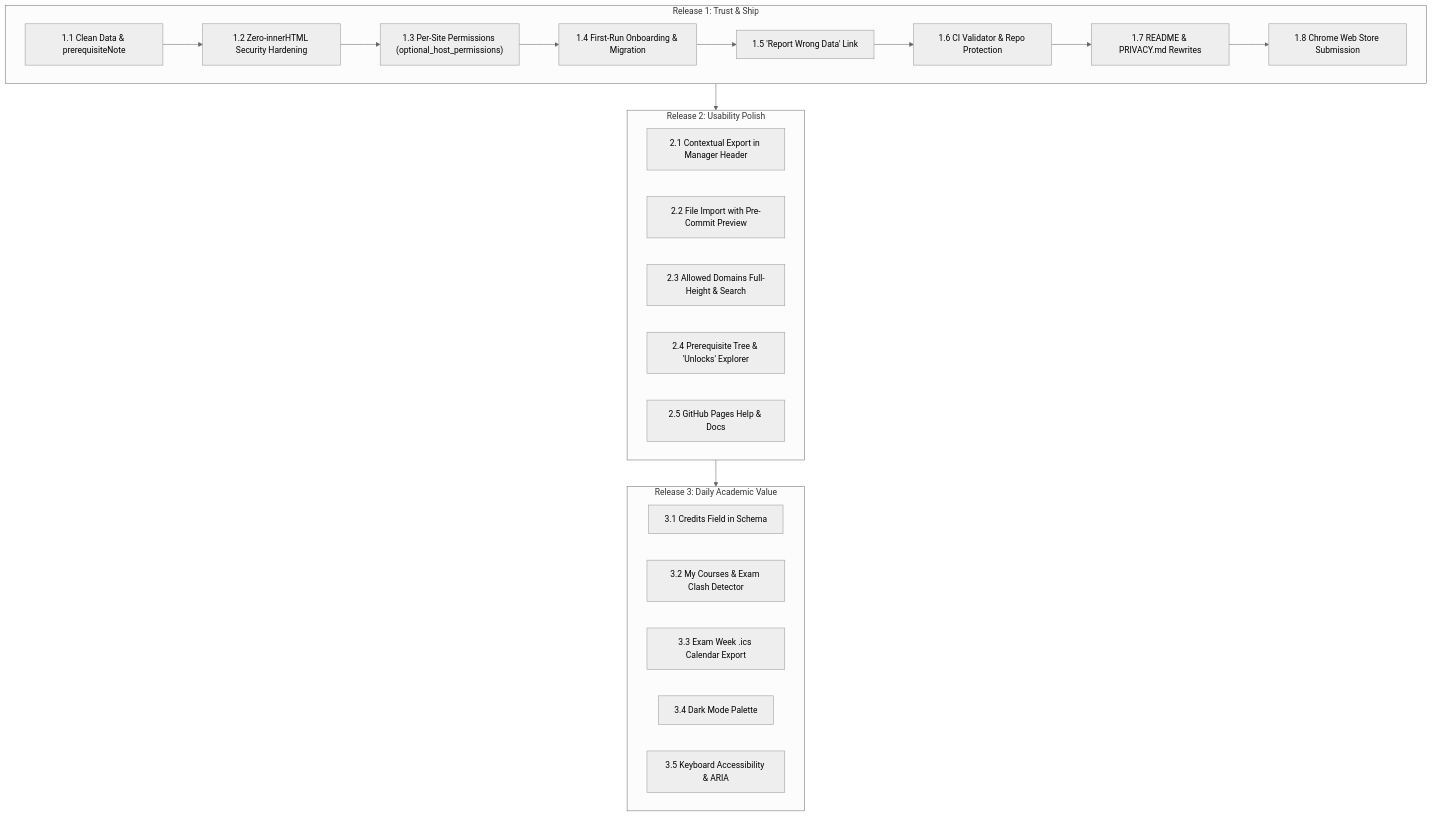
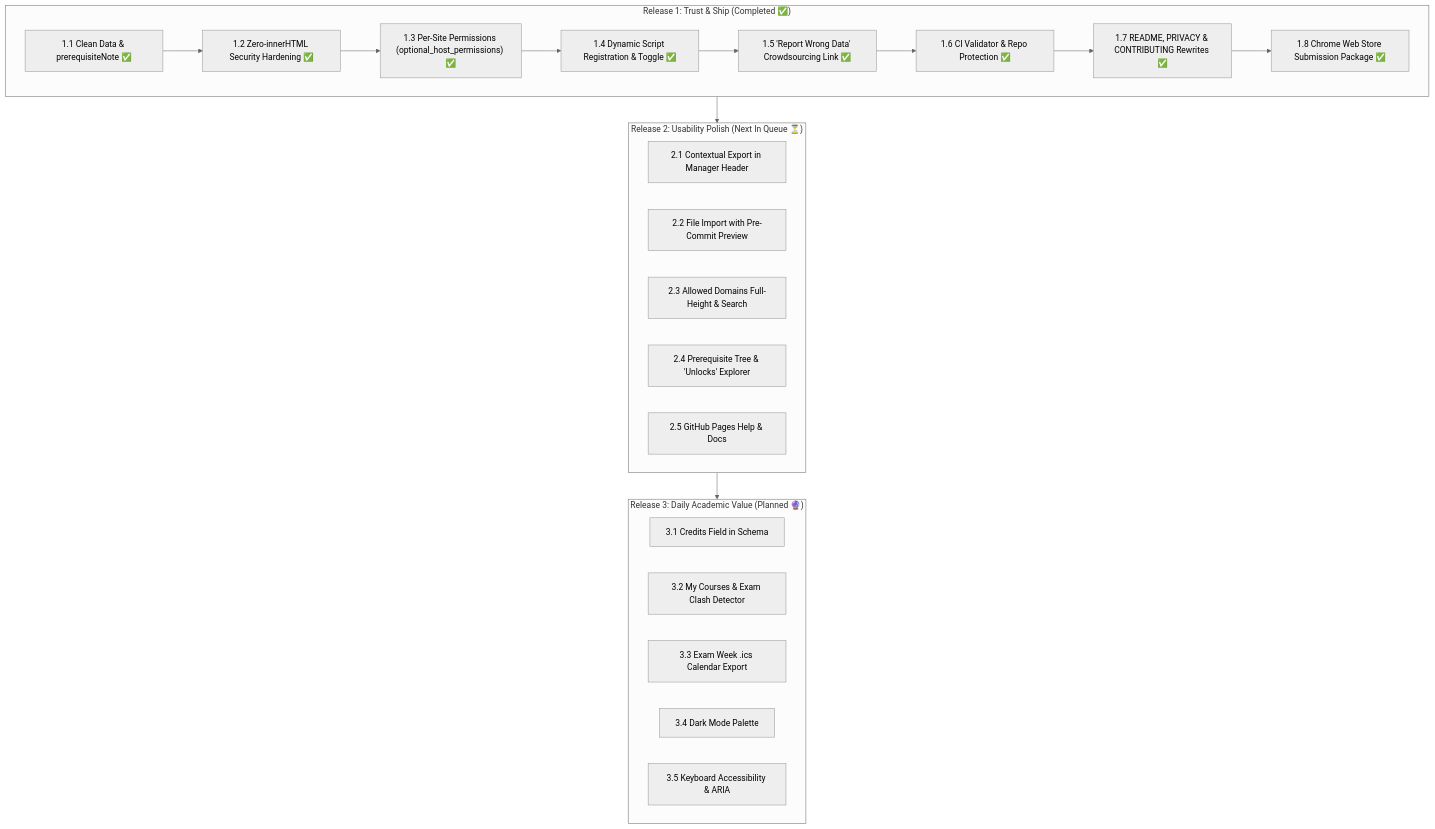
The diagram in ROADMAP.md (litch07/decoder-test), drawn with Mermaid (neutral theme) before and after one commit. The commit also changed other lines of this file and 4 other files, not shown here.

````diff
--- a/ROADMAP.md
+++ b/ROADMAP.md
@@ -8,30 +8,30 @@
 ```mermaid
 flowchart TD
-    subgraph R1["Release 1: Trust & Ship"]
-        R1_1["1.1 Clean Data & prerequisiteNote"] --> R1_2["1.2 Zero-innerHTML Security Hardening"]
-        R1_2 --> R1_3["1.3 Per-Site Permissions (optional_host_permissions)"]
-        R1_3 --> R1_4["1.4 First-Run Onboarding & Migration"]
-        R1_4 --> R1_5["1.5 'Report Wrong Data' Link"]
-        R1_5 --> R1_6["1.6 CI Validator & Repo Protection"]
-        R1_6 --> R1_7["1.7 README & PRIVACY.md Rewrites"]
-        R1_7 --> R1_8["1.8 Chrome Web Store Submission"]
+    subgraph R1["Release 1: Trust & Ship (Completed ✅)"]
+        R1_1["1.1 Clean Data & prerequisiteNote ✅"] --> R1_2["1.2 Zero-innerHTML Security Hardening ✅"]
+        R1_2 --> R1_3["1.3 Per-Site Permissions (optional_host_permissions) ✅"]
+        R1_3 --> R1_4["1.4 Dynamic Script Registration & Toggle ✅"]
+        R1_4 --> R1_5["1.5 'Report Wrong Data' Crowdsourcing Link ✅"]
+        R1_5 --> R1_6["1.6 CI Validator & Repo Protection ✅"]
+        R1_6 --> R1_7["1.7 README, PRIVACY & CONTRIBUTING Rewrites ✅"]
+        R1_7 --> R1_8["1.8 Chrome Web Store Submission Package ✅"]
     end
 
-    subgraph R2["Release 2: Usability Polish"]
+    subgraph R2["Release 2: Usability Polish (Next In Queue ⏳)"]
         R2_1["2.1 Contextual Export in Manager Header"]
         R2_2["2.2 File Import with Pre-Commit Preview"]
         R2_3["2.3 Allowed Domains Full-Height & Search"]
         R2_4["2.4 Prerequisite Tree & 'Unlocks' Explorer"]
         R2_5["2.5 GitHub Pages Help & Docs"]
     end
 
-    subgraph R3["Release 3: Daily Academic Value"]
+    subgraph R3["Release 3: Daily Academic Value (Planned 🔮)"]
         R3_1["3.1 Credits Field in Schema"]
         R3_2["3.2 My Courses & Exam Clash Detector"]
         R3_3["3.3 Exam Week .ics Calendar Export"]
         R3_4["3.4 Dark Mode Palette"]
         R3_5["3.5 Keyboard Accessibility & ARIA"]
     end
 
     R1 --> R2 --> R3
 ```
````
